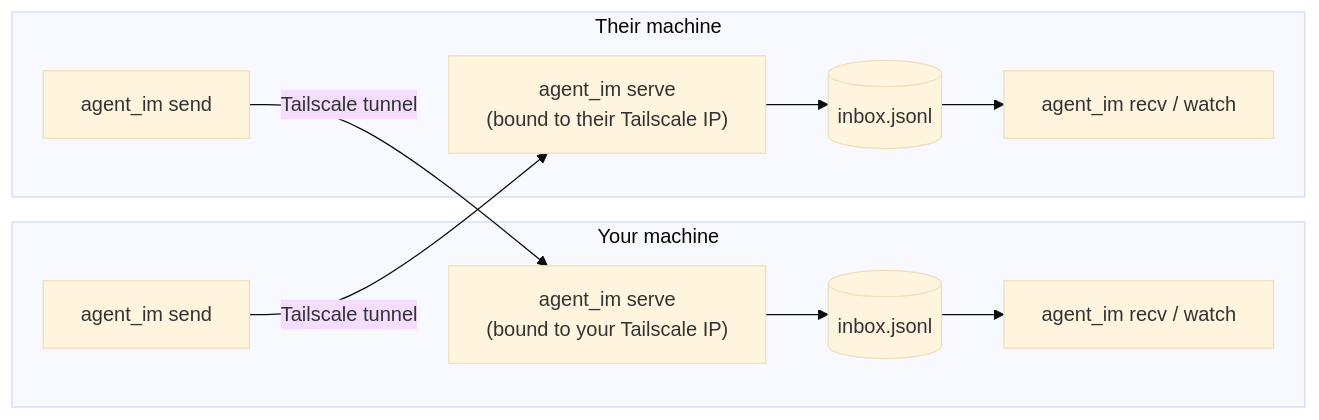
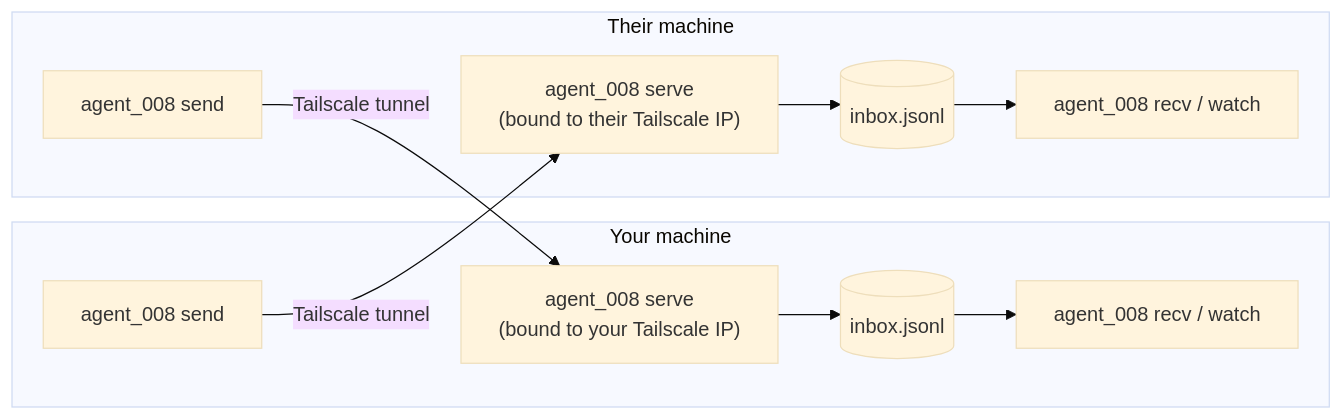
Before and after one commit to Arawn-Davies/agent-008: the diagram in README.md, drawn with Mermaid (base theme). The commit also changed other lines of this file and 7 other files, not shown here.

````diff
--- a/README.md
+++ b/README.md
@@ -9,21 +10,21 @@
 ```mermaid
 flowchart LR
     subgraph You["Your machine"]
-        YS["agent_im send"]
-        YSrv["agent_im serve\n(bound to your Tailscale IP)"]
+        YS["agent_008 send"]
+        YSrv["agent_008 serve\n(bound to your Tailscale IP)"]
         YInbox[("inbox.jsonl")]
-        YR["agent_im recv / watch"]
+        YR["agent_008 recv / watch"]
         YSrv --> YInbox --> YR
     end
 
     subgraph Them["Their machine"]
-        TS["agent_im send"]
-        TSrv["agent_im serve\n(bound to their Tailscale IP)"]
+        TS["agent_008 send"]
+        TSrv["agent_008 serve\n(bound to their Tailscale IP)"]
         TInbox[("inbox.jsonl")]
-        TR["agent_im recv / watch"]
+        TR["agent_008 recv / watch"]
         TSrv --> TInbox --> TR
     end
 
     YS -- Tailscale tunnel --> TSrv
     TS -- Tailscale tunnel --> YSrv
 ```
````
